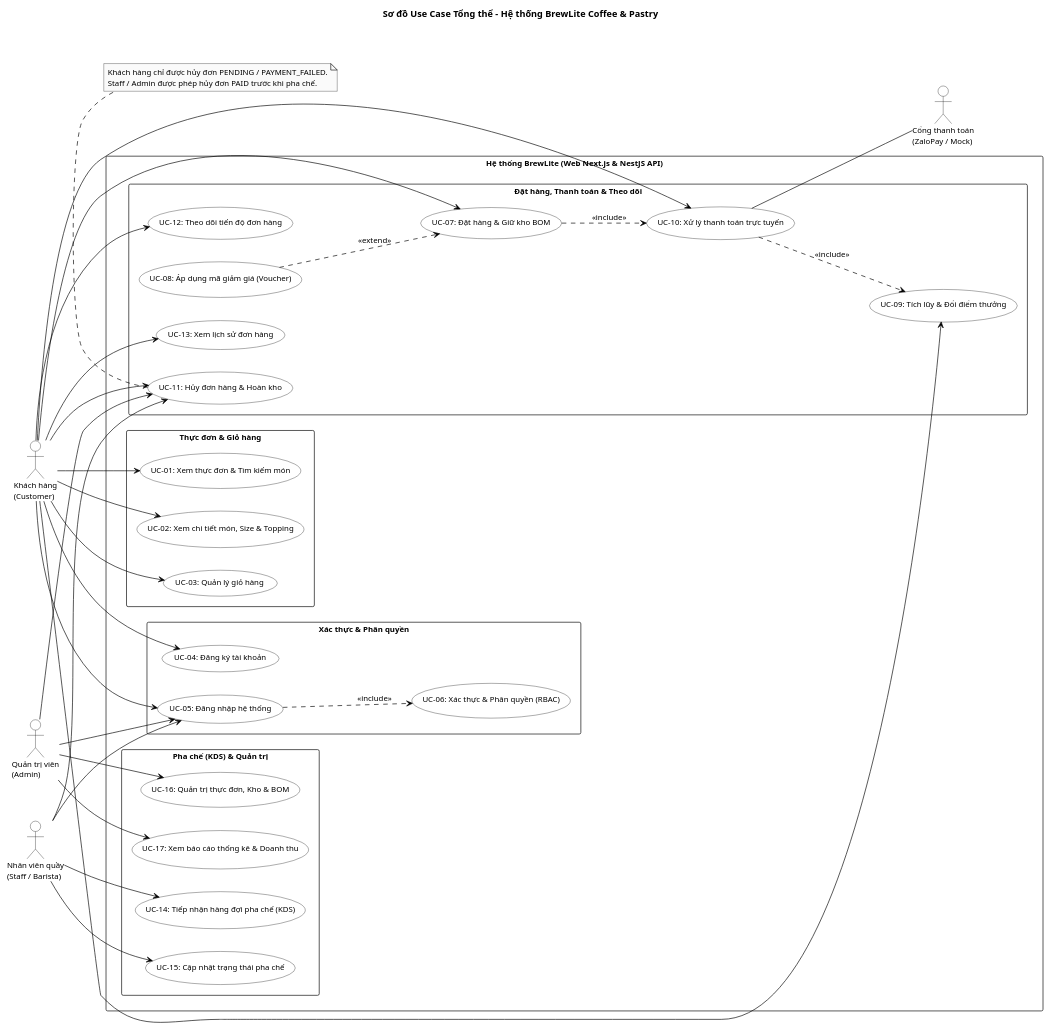
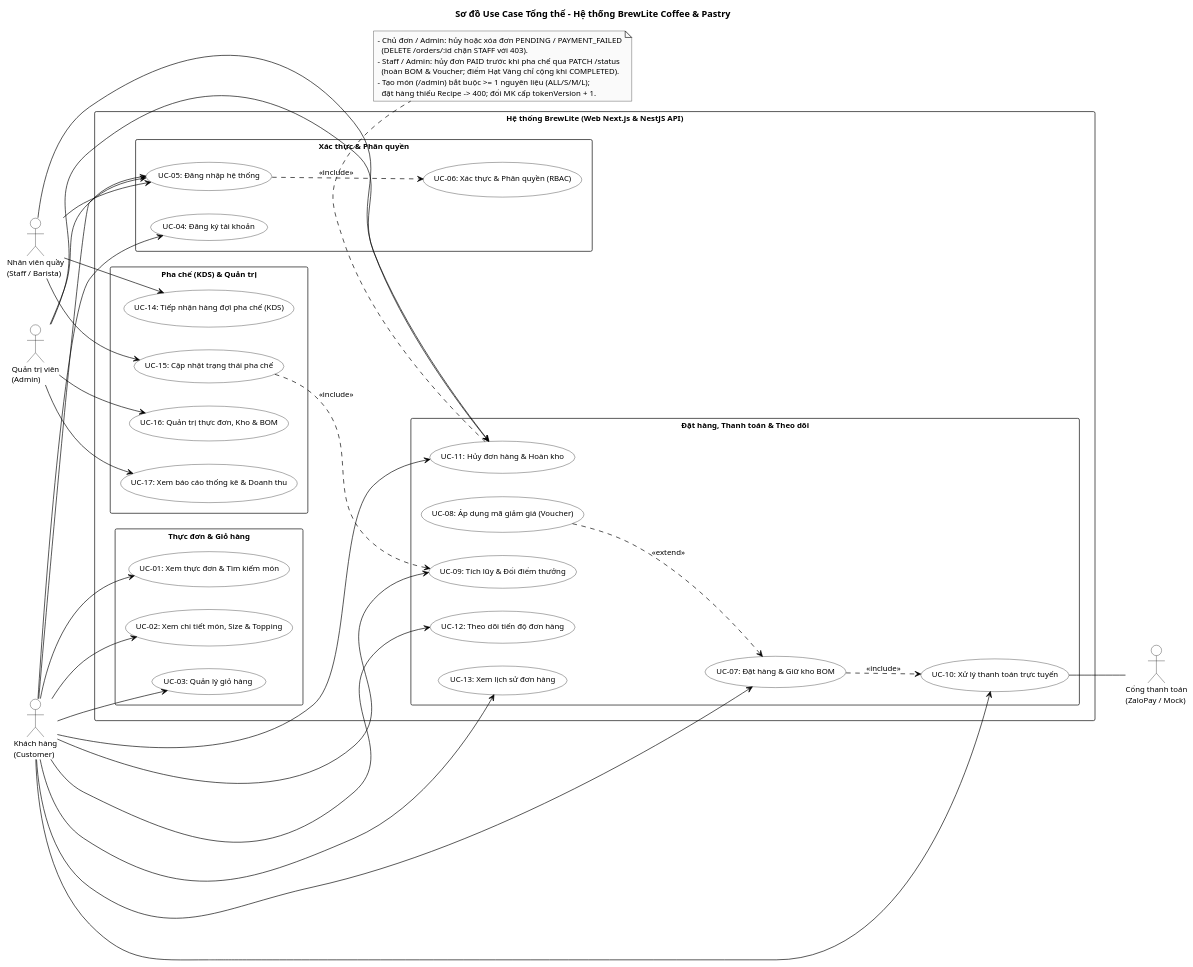
The diagram in docs/diagrams/use-case.puml (MaGiaVy/BrewLite_project), drawn with PlantUML before and after one commit. The commit also changed 24 other files, not shown here.

Commit message:
feat(web,docs): add multi-ingredient per-size recipes in admin, update loyalty copy, sync SRS/UML/OpenAPI/report with PR #49

```diff
--- a/docs/diagrams/use-case.puml
+++ b/docs/diagrams/use-case.puml
@@ -1,103 +1,107 @@
 @startuml
 left to right direction
 skinparam monochrome true
 skinparam shadowing false
 skinparam backgroundColor #FFFFFF
 skinparam defaultFontName "Arial"
 skinparam defaultFontSize 12
 skinparam packageStyle rectangle
 skinparam ArrowColor #000000
 skinparam actor {
   BackgroundColor #FFFFFF
   BorderColor #000000
   FontColor #000000
 }
 skinparam usecase {
   BackgroundColor #FFFFFF
   BorderColor #000000
   FontColor #000000
 }
 skinparam rectangle {
   BackgroundColor #FFFFFF
   BorderColor #000000
   FontColor #000000
 }
 
 title Sơ đồ Use Case Tổng thể - Hệ thống BrewLite Coffee & Pastry
 
 actor "Khách hàng\n(Customer)" as Customer
 actor "Nhân viên quầy\n(Staff / Barista)" as Staff
 actor "Quản trị viên\n(Admin)" as Admin
 actor "Cổng thanh toán\n(ZaloPay / Mock)" as Gateway
 
 rectangle "Hệ thống BrewLite (Web Next.js & NestJS API)" {
   package "Thực đơn & Giỏ hàng" {
     usecase "UC-01: Xem thực đơn & Tìm kiếm món" as UC01
     usecase "UC-02: Xem chi tiết món, Size & Topping" as UC02
     usecase "UC-03: Quản lý giỏ hàng" as UC03
   }
 
   package "Xác thực & Phân quyền" {
     usecase "UC-04: Đăng ký tài khoản" as UC04
     usecase "UC-05: Đăng nhập hệ thống" as UC05
     usecase "UC-06: Xác thực & Phân quyền (RBAC)" as UC06
   }
 
   package "Đặt hàng, Thanh toán & Theo dõi" {
     usecase "UC-07: Đặt hàng & Giữ kho BOM" as UC07
     usecase "UC-08: Áp dụng mã giảm giá (Voucher)" as UC08
     usecase "UC-09: Tích lũy & Đổi điểm thưởng" as UC09
     usecase "UC-10: Xử lý thanh toán trực tuyến" as UC10
     usecase "UC-11: Hủy đơn hàng & Hoàn kho" as UC11
     usecase "UC-12: Theo dõi tiến độ đơn hàng" as UC12
     usecase "UC-13: Xem lịch sử đơn hàng" as UC13
   }
 
   package "Pha chế (KDS) & Quản trị" {
     usecase "UC-14: Tiếp nhận hàng đợi pha chế (KDS)" as UC14
     usecase "UC-15: Cập nhật trạng thái pha chế" as UC15
     usecase "UC-16: Quản trị thực đơn, Kho & BOM" as UC16
     usecase "UC-17: Xem báo cáo thống kê & Doanh thu" as UC17
   }
 }
 
 ' Khách hàng
 Customer --> UC01
 Customer --> UC02
 Customer --> UC03
 Customer --> UC04
 Customer --> UC05
 Customer --> UC07
 Customer --> UC09
 Customer --> UC10
 Customer --> UC11
 Customer --> UC12
 Customer --> UC13
 
 ' Nhân viên quầy (Barista)
 Staff --> UC05
 Staff --> UC11
 Staff --> UC14
 Staff --> UC15
 
 ' Quản trị viên (Admin)
 Admin --> UC05
 Admin --> UC11
 Admin --> UC16
 Admin --> UC17
 
 ' Tác nhân ngoài
 UC10 -- Gateway
 
 ' Quan hệ Include / Extend
 UC05 ..> UC06 : <<include>>
 UC08 ..> UC07 : <<extend>>
 UC07 ..> UC10 : <<include>>
-UC10 ..> UC09 : <<include>>
+UC15 ..> UC09 : <<include>>
 
 note bottom of UC11
-  Khách hàng chỉ được hủy đơn PENDING / PAYMENT_FAILED.
-  Staff / Admin được phép hủy đơn PAID trước khi pha chế.
+  - Chủ đơn / Admin: hủy hoặc xóa đơn PENDING / PAYMENT_FAILED
+    (DELETE /orders/:id chặn STAFF với 403).
+  - Staff / Admin: hủy đơn PAID trước khi pha chế qua PATCH /status
+    (hoàn BOM & Voucher; điểm Hạt Vàng chỉ cộng khi COMPLETED).
+  - Tạo món (/admin) bắt buộc >= 1 nguyên liệu (ALL/S/M/L);
+    đặt hàng thiếu Recipe -> 400; đổi MK cấp tokenVersion + 1.
 end note
 
 @enduml
```
